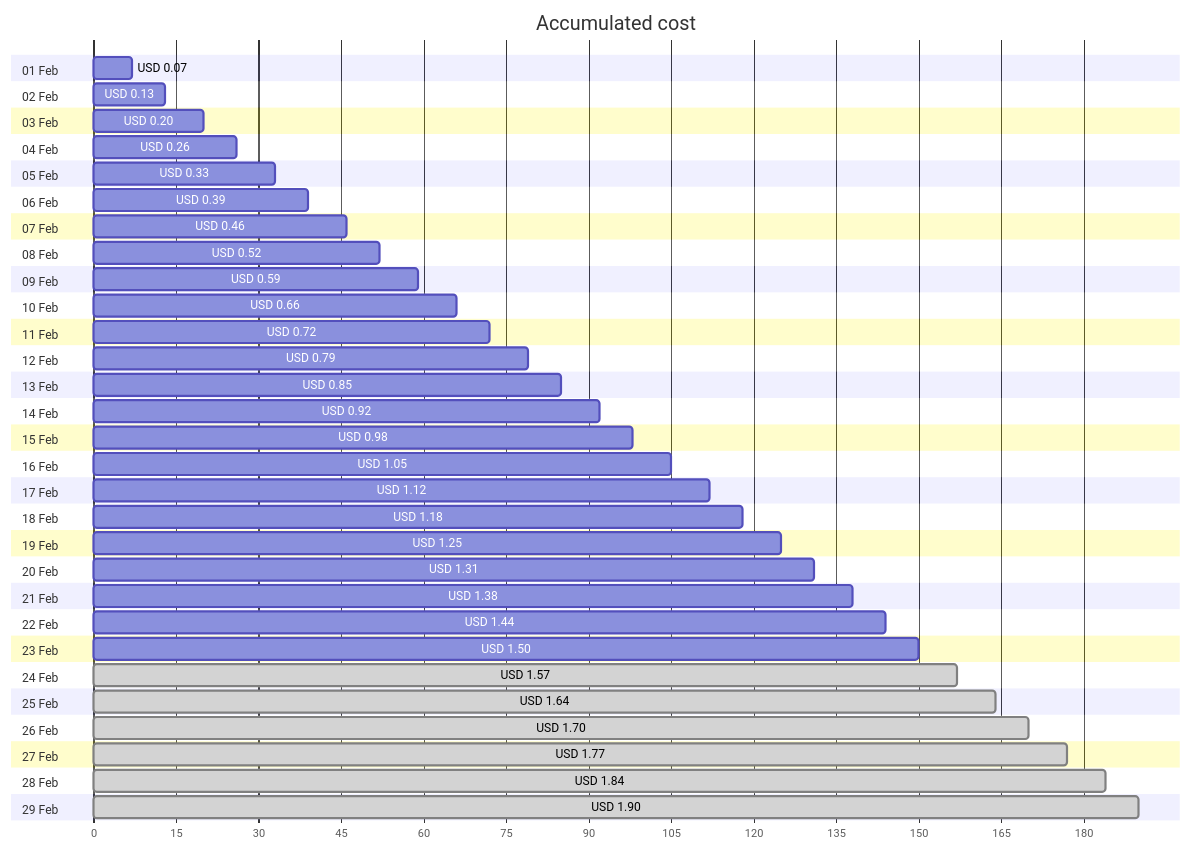
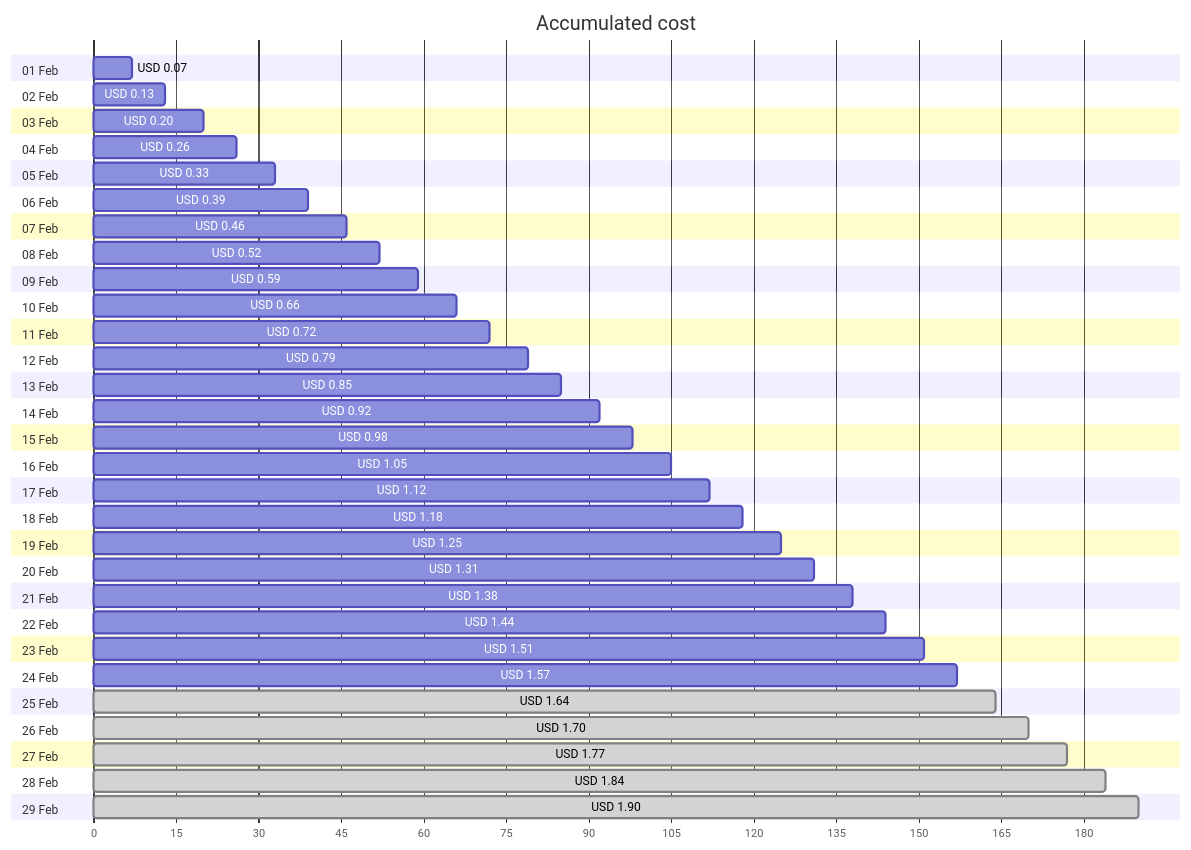
Before and after one commit to jpfulton/azure-personal-reports: the first of 4 diagrams in cost-reports/personal-network/vpn-server_OsDisk.md, drawn with Mermaid. The commit also changed other lines of this file and 8 other files, not shown here.

````diff
--- a/cost-reports/personal-network/vpn-server_OsDisk.md
+++ b/cost-reports/personal-network/vpn-server_OsDisk.md
@@ -20,64 +20,64 @@
 ```mermaid
 gantt
    title Accumulated cost
    dateFormat  X
    axisFormat %s
    section 01 Feb
    USD 0.07 :0, 7
    section 02 Feb
    USD 0.13 :0, 13
    section 03 Feb
    USD 0.20 :0, 20
    section 04 Feb
    USD 0.26 :0, 26
    section 05 Feb
    USD 0.33 :0, 33
    section 06 Feb
    USD 0.39 :0, 39
    section 07 Feb
    USD 0.46 :0, 46
    section 08 Feb
    USD 0.52 :0, 52
    section 09 Feb
    USD 0.59 :0, 59
    section 10 Feb
    USD 0.66 :0, 66
    section 11 Feb
    USD 0.72 :0, 72
    section 12 Feb
    USD 0.79 :0, 79
    section 13 Feb
    USD 0.85 :0, 85
    section 14 Feb
    USD 0.92 :0, 92
    section 15 Feb
    USD 0.98 :0, 98
    section 16 Feb
    USD 1.05 :0, 105
    section 17 Feb
    USD 1.12 :0, 112
    section 18 Feb
    USD 1.18 :0, 118
    section 19 Feb
    USD 1.25 :0, 125
    section 20 Feb
    USD 1.31 :0, 131
    section 21 Feb
    USD 1.38 :0, 138
    section 22 Feb
    USD 1.44 :0, 144
    section 23 Feb
-   USD 1.50 :0, 150
+   USD 1.51 :0, 151
    section 24 Feb
-   USD 1.57 : done, 0, 157
+   USD 1.57 :0, 157
    section 25 Feb
    USD 1.64 : done, 0, 164
    section 26 Feb
    USD 1.70 : done, 0, 170
    section 27 Feb
    USD 1.77 : done, 0, 177
    section 28 Feb
    USD 1.84 : done, 0, 184
    section 29 Feb
    USD 1.90 : done, 0, 190
 ```
````
